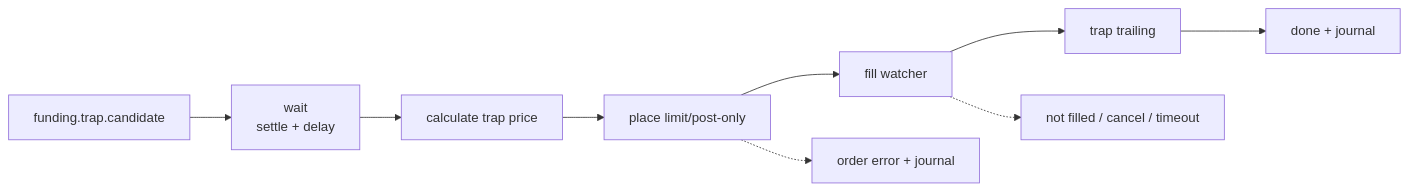
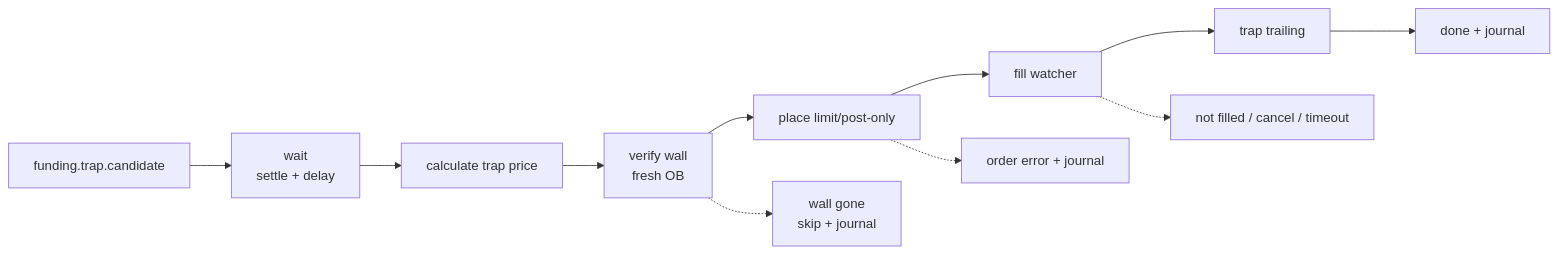
The diagram in docs/business/funding/trap_flow.md (dangnmh/crypto-bot), drawn with Mermaid before and after one commit. The commit also changed other lines of this file and 10 other files, not shown here.

Commit message:
wall verify

````diff
--- a/docs/business/funding/trap_flow.md
+++ b/docs/business/funding/trap_flow.md
@@ -20,11 +20,13 @@
 ```mermaid
 flowchart LR
     C["funding.trap.candidate"] --> DELAY["wait<br/>settle + delay"]
     DELAY --> PRICE["calculate trap price"]
-    PRICE --> ORDER["place limit/post-only"]
+    PRICE --> VERIFY["verify wall<br/>fresh OB"]
+    VERIFY --> ORDER["place limit/post-only"]
     ORDER --> FILL["fill watcher"]
     FILL --> TRAIL["trap trailing"]
     TRAIL --> DONE["done + journal"]
+    VERIFY -.-> SKIP["wall gone<br/>skip + journal"]
     ORDER -.-> ABORT["order error + journal"]
     FILL -.-> EXPIRE["not filled / cancel / timeout"]
 ```
````
